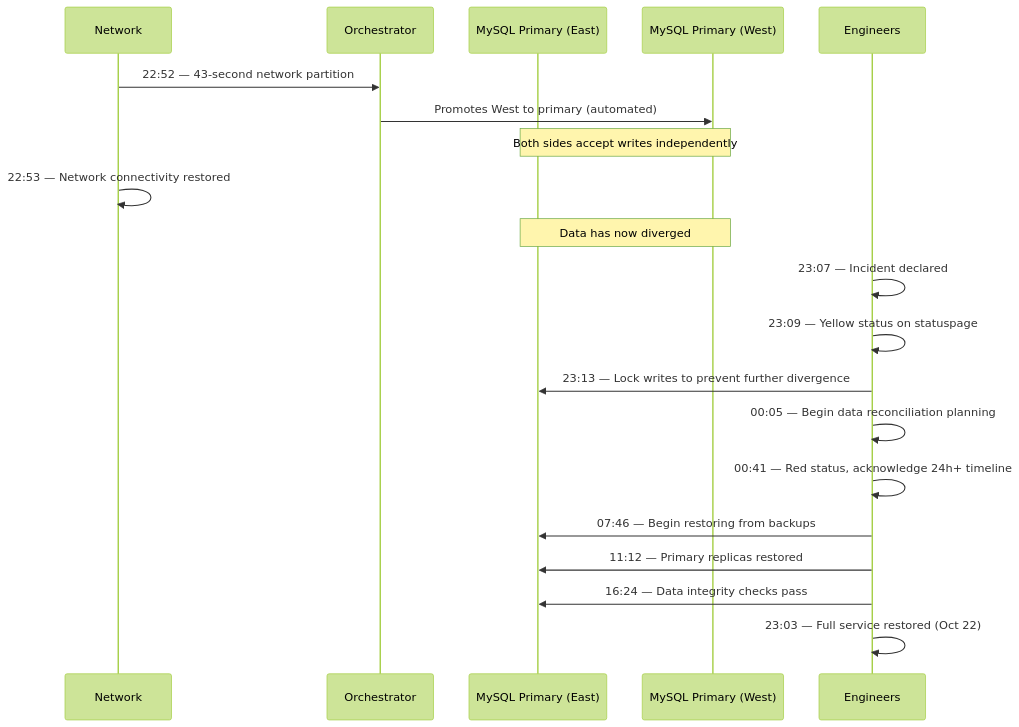
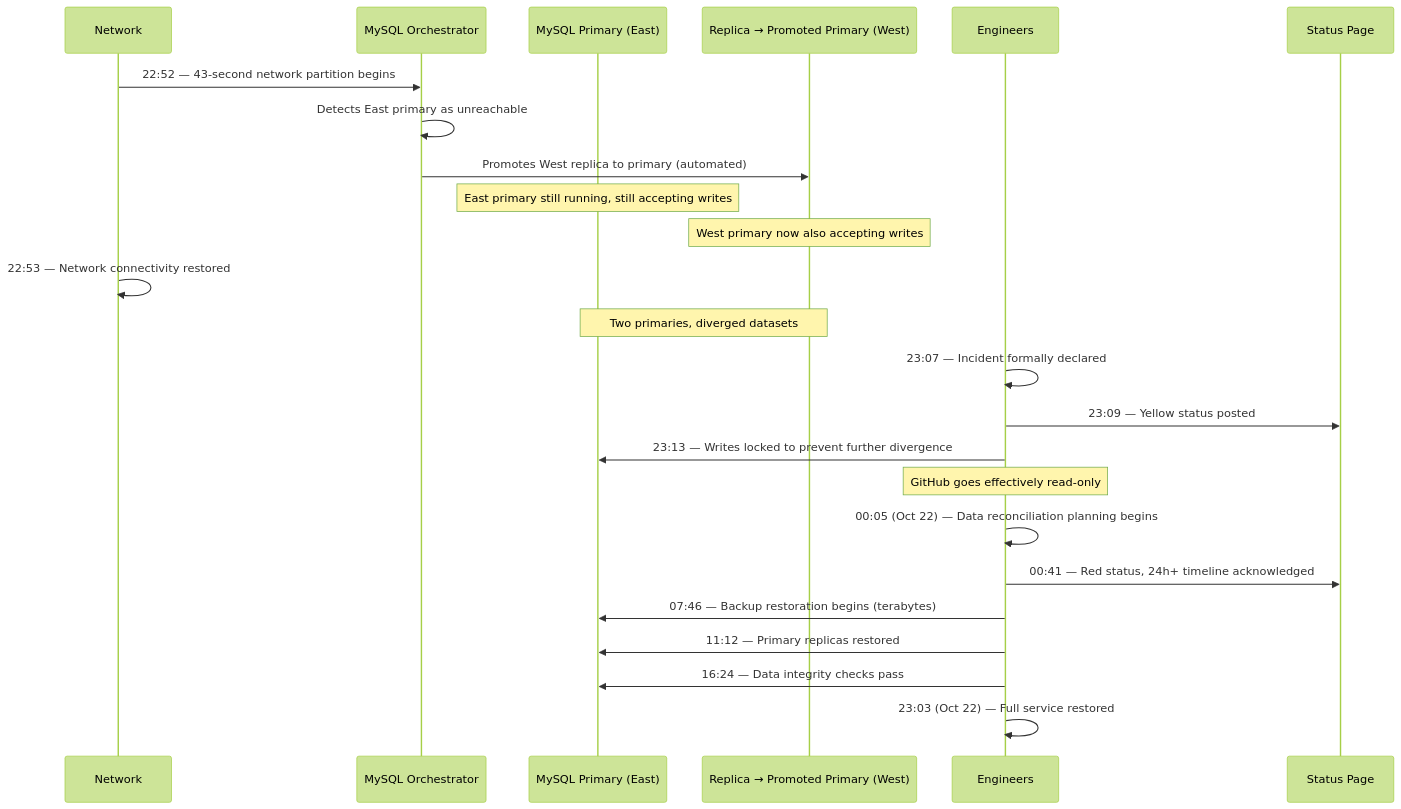
The first of 3 diagrams in docs/war-room/github-october-2018.md (ayush-jadaun/knowledge-vault), drawn with Mermaid (forest theme) before and after one commit. The commit also changed other lines of this file and 8 other files, not shown here.

````diff
--- a/docs/war-room/github-october-2018.md
+++ b/docs/war-room/github-october-2018.md
@@ -35,23 +49,27 @@
 ```mermaid
 sequenceDiagram
     participant Net as Network
-    participant Orch as Orchestrator
+    participant Orch as MySQL Orchestrator
     participant DB_East as MySQL Primary (East)
-    participant DB_West as MySQL Primary (West)
+    participant DB_West as Replica → Promoted Primary (West)
     participant Eng as Engineers
+    participant Status as Status Page
 
-    Net->>Orch: 22:52 — 43-second network partition
-    Orch->>DB_West: Promotes West to primary (automated)
-    Note over DB_East,DB_West: Both sides accept writes independently
+    Net->>Orch: 22:52 — 43-second network partition begins
+    Orch->>Orch: Detects East primary as unreachable
+    Orch->>DB_West: Promotes West replica to primary (automated)
+    Note over DB_East: East primary still running, still accepting writes
+    Note over DB_West: West primary now also accepting writes
     Net->>Net: 22:53 — Network connectivity restored
-    Note over DB_East,DB_West: Data has now diverged
-    Eng->>Eng: 23:07 — Incident declared
-    Eng->>Eng: 23:09 — Yellow status on statuspage
-    Eng->>DB_East: 23:13 — Lock writes to prevent further divergence
-    Eng->>Eng: 00:05 — Begin data reconciliation planning
-    Eng->>Eng: 00:41 — Red status, acknowledge 24h+ timeline
-    Eng->>DB_East: 07:46 — Begin restoring from backups
+    Note over DB_East,DB_West: Two primaries, diverged datasets
+    Eng->>Eng: 23:07 — Incident formally declared
+    Eng->>Status: 23:09 — Yellow status posted
+    Eng->>DB_East: 23:13 — Writes locked to prevent further divergence
+    Note over Eng: GitHub goes effectively read-only
+    Eng->>Eng: 00:05 (Oct 22) — Data reconciliation planning begins
+    Eng->>Status: 00:41 — Red status, 24h+ timeline acknowledged
+    Eng->>DB_East: 07:46 — Backup restoration begins (terabytes)
     Eng->>DB_East: 11:12 — Primary replicas restored
     Eng->>DB_East: 16:24 — Data integrity checks pass
-    Eng->>Eng: 23:03 — Full service restored (Oct 22)
+    Eng->>Eng: 23:03 (Oct 22) — Full service restored
 ```
````
